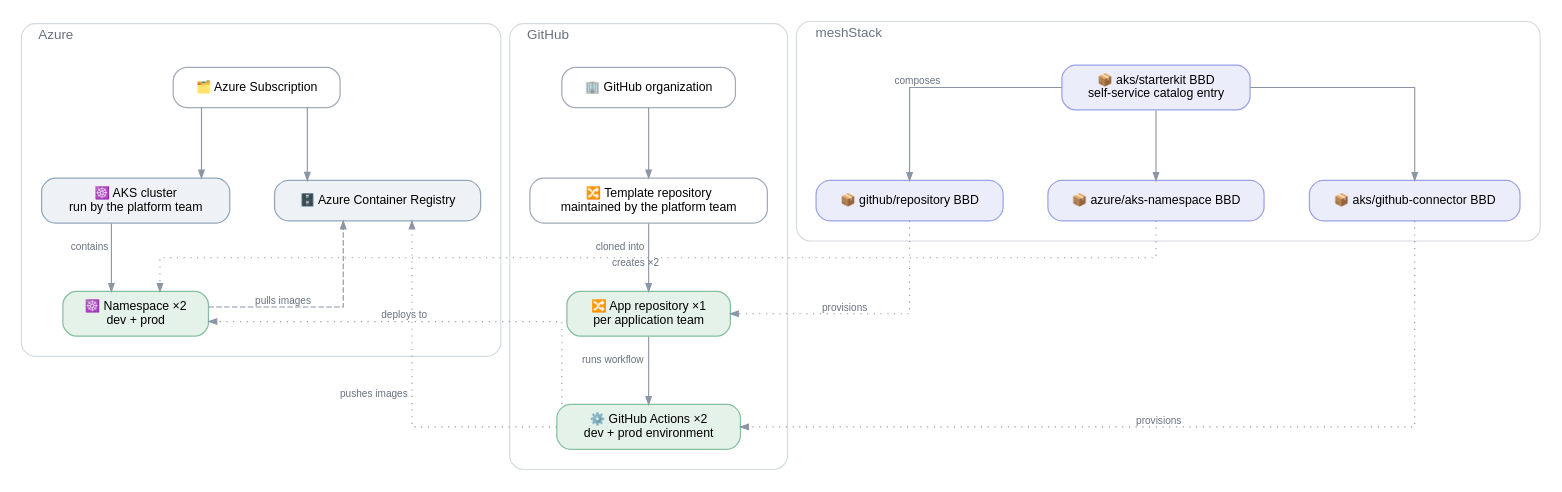
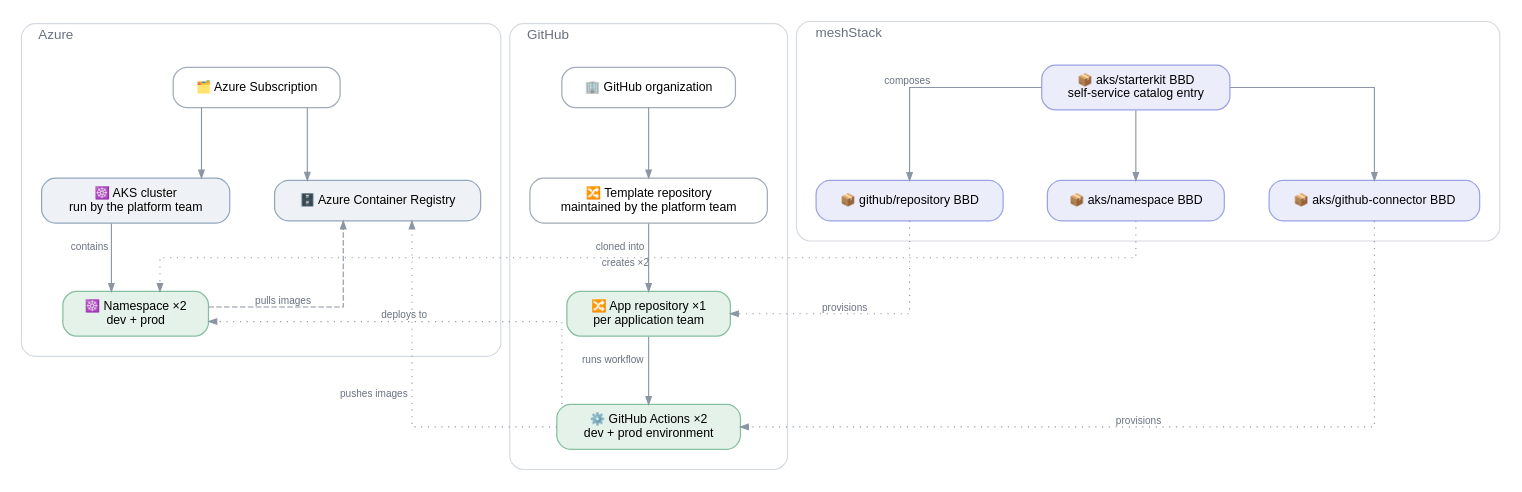
One commit to meshcloud/meshstack-hub changed the diagram in reference-architectures/azure-kubernetes/azure-kubernetes.dot. Above: the diagram before and after it, drawn with Graphviz. The commit also changed 21 other files, not shown here.

Commit message:
refactor(aks/namespace): move the azure aks-namespace module under modules/aks

```diff
--- a/reference-architectures/azure-kubernetes/azure-kubernetes.dot
+++ b/reference-architectures/azure-kubernetes/azure-kubernetes.dot
@@ -1,78 +1,78 @@
 /*
  * Azure Kubernetes reference architecture.
  * Conventions: .agents/references/diagrams.md — render with: task diagrams
  */
 digraph azure_kubernetes {
   rankdir=TB
   splines=ortho
   forcelabels=true
   bgcolor="white"
   nodesep=0.55
   ranksep=0.85
 
   node [shape=box style="rounded,filled" fontname="Helvetica" fontsize=11
         fillcolor="#ffffff" color="#a2abb8" penwidth=1.1 margin="0.20,0.11"]
   edge [fontname="Helvetica" fontsize=9 fontcolor="#697180" color="#8b95a3" arrowsize=0.7]
 
   subgraph cluster_azure {
     label="  Azure"
     labeljust=l
     fontname="Helvetica" fontsize=12 fontcolor="#697180"
     style="rounded" color="#d5dae0"
     margin=18
 
     SUB [label="🗂️ Azure Subscription" fillcolor="#ffffff" color="#a2abb8"]
     AKS [label="☸️ AKS cluster\nrun by the platform team" fillcolor="#eef2f6" color="#93a7bb"]
     ACR [label="🗄️ Azure Container Registry" fillcolor="#eef2f6" color="#93a7bb"]
     NS  [label="☸️ Namespace ×2\ndev + prod" fillcolor="#e5f2ea" color="#85bfa0"]
 
     { rank=same; AKS -> ACR [style=invis] }
 
     SUB -> AKS
     SUB -> ACR
     AKS -> NS [xlabel="contains"]
     NS  -> ACR [xlabel="pulls images" style=dashed constraint=false]
   }
 
   subgraph cluster_github {
     label="  GitHub"
     labeljust=l
     fontname="Helvetica" fontsize=12 fontcolor="#697180"
     style="rounded" color="#d5dae0"
     margin=18
 
     ORG  [label="🏢 GitHub organization" fillcolor="#ffffff" color="#a2abb8"]
     TPL  [label="🔀 Template repository\nmaintained by the platform team" fillcolor="#ffffff" color="#a2abb8"]
     REPO [label="🔀 App repository ×1\nper application team" fillcolor="#e5f2ea" color="#85bfa0"]
     GHA  [label="⚙️ GitHub Actions ×2\ndev + prod environment" fillcolor="#e5f2ea" color="#85bfa0"]
 
     ORG  -> TPL
     TPL  -> REPO [xlabel="cloned into"]
     REPO -> GHA  [xlabel="runs workflow"]
   }
 
   subgraph cluster_mesh {
     label="  meshStack"
     labeljust=l
     fontname="Helvetica" fontsize=12 fontcolor="#697180"
     style="rounded" color="#d5dae0"
     margin=18
 
     BBD_S [label="📦 aks/starterkit BBD\nself-service catalog entry" fillcolor="#ecedfb" color="#9aa2e6"]
     BBD_R [label="📦 github/repository BBD" fillcolor="#ecedfb" color="#9aa2e6"]
-    BBD_N [label="📦 azure/aks-namespace BBD" fillcolor="#ecedfb" color="#9aa2e6"]
+    BBD_N [label="📦 aks/namespace BBD" fillcolor="#ecedfb" color="#9aa2e6"]
     BBD_C [label="📦 aks/github-connector BBD" fillcolor="#ecedfb" color="#9aa2e6"]
 
     { rank=same; BBD_R -> BBD_N -> BBD_C [style=invis] }
 
     BBD_S -> BBD_R [xlabel="composes"]
     BBD_S -> BBD_N
     BBD_S -> BBD_C
   }
 
   BBD_N -> NS  [xlabel="creates ×2" style=dotted constraint=false]
   BBD_R -> REPO [xlabel="provisions" style=dotted constraint=false]
   BBD_C -> GHA [xlabel="provisions" style=dotted constraint=false]
   GHA   -> ACR [xlabel="pushes images" style=dotted constraint=false]
   GHA   -> NS  [xlabel="deploys to" style=dotted constraint=false]
 }
```
